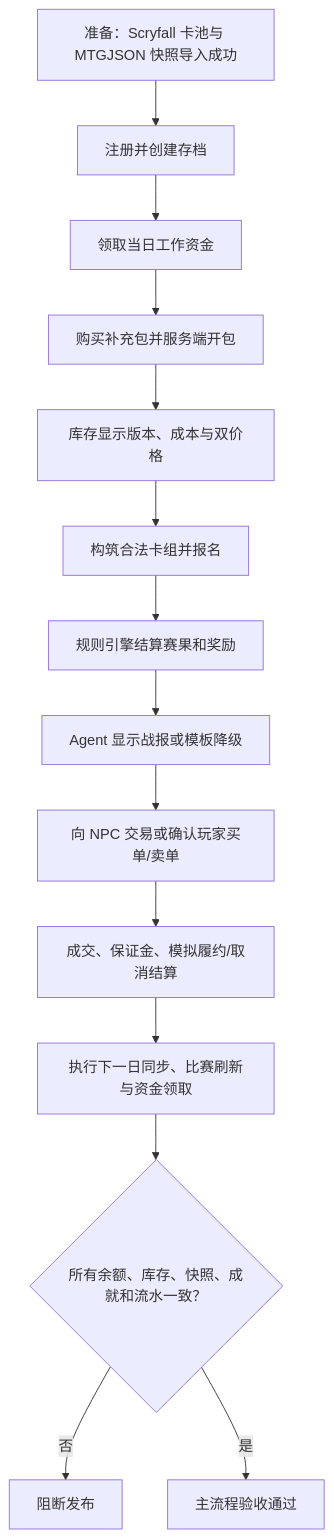
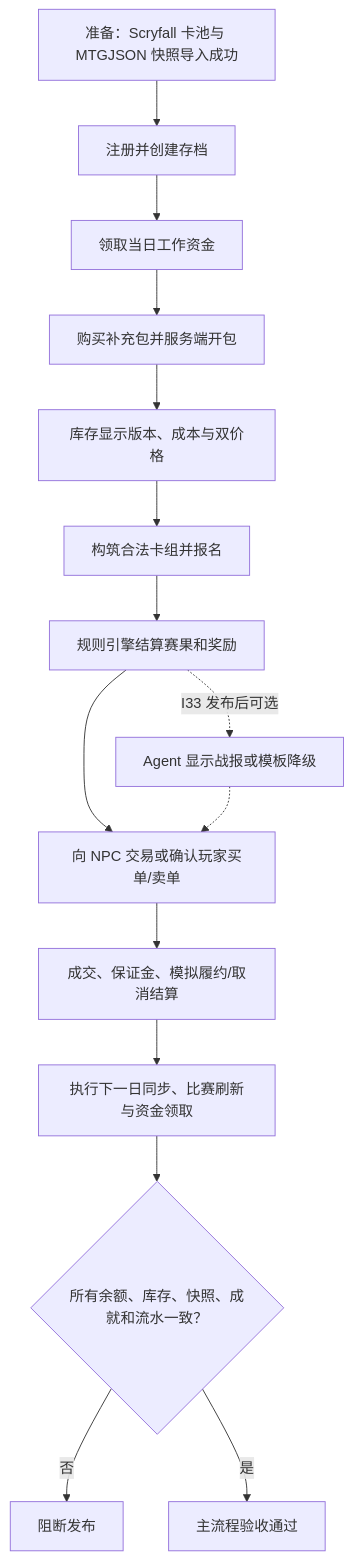
Before and after one commit to Xu-Morgen/mtgMarketSimulater: the fifth of 5 diagrams in 模拟器主流程与核心验收.md, drawn with Mermaid. The commit also changed other lines of this file and 18 other files, not shown here.

````diff
--- a/模拟器主流程与核心验收.md
+++ b/模拟器主流程与核心验收.md
@@ -135,16 +138,17 @@
 ```mermaid
 flowchart TD
     A[准备：Scryfall 卡池与 MTGJSON 快照导入成功] --> B[注册并创建存档]
     B --> C[领取当日工作资金]
     C --> D[购买补充包并服务端开包]
     D --> E[库存显示版本、成本与双价格]
     E --> F[构筑合法卡组并报名]
     F --> G[规则引擎结算赛果和奖励]
-    G --> H[Agent 显示战报或模板降级]
-    H --> I[向 NPC 交易或确认玩家买单/卖单]
+    G --> I[向 NPC 交易或确认玩家买单/卖单]
+    G -. I33 发布后可选 .-> H[Agent 显示战报或模板降级]
+    H -.-> I
     I --> J[成交、保证金、模拟履约/取消结算]
     J --> K[执行下一日同步、比赛刷新与资金领取]
     K --> L{所有余额、库存、快照、成就和流水一致？}
     L -- 否 --> X[阻断发布]
     L -- 是 --> Y[主流程验收通过]
 ```
````
